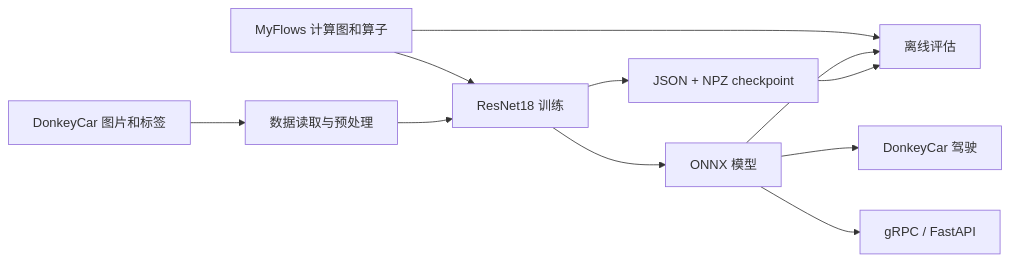
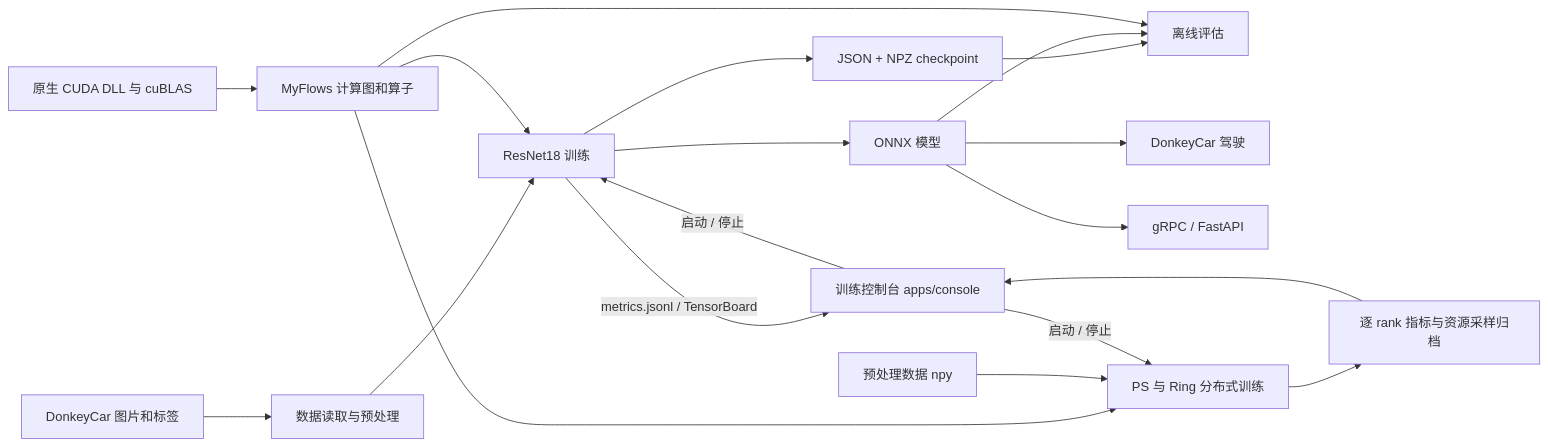
The first of 3 diagrams in docs/system_design.md (FGH-sudo/myflows-donkeycar), drawn with Mermaid before and after one commit. The commit also changed other lines of this file and 53 other files, not shown here.

```diff
--- a/docs/system_design.md
+++ b/docs/system_design.md
@@ -18,13 +18,21 @@
 ~~~mermaid
 flowchart LR
   data[DonkeyCar 图片和标签] --> common[数据读取与预处理]
   common --> train[ResNet18 训练]
   train --> checkpoint[JSON + NPZ checkpoint]
   train --> onnx[ONNX 模型]
   checkpoint --> eval[离线评估]
   onnx --> eval
   onnx --> pilot[DonkeyCar 驾驶]
   onnx --> serve[gRPC / FastAPI]
   framework[MyFlows 计算图和算子] --> train
   framework --> eval
+  native[原生 CUDA DLL 与 cuBLAS] --> framework
+  framework --> dist[PS 与 Ring 分布式训练]
+  prepared[预处理数据 npy] --> dist
+  dist --> archive[逐 rank 指标与资源采样归档]
+  console[训练控制台 apps/console] -->|启动 / 停止| dist
+  console -->|启动 / 停止| train
+  archive --> console
+  train -->|metrics.jsonl / TensorBoard| console
 ~~~
```
